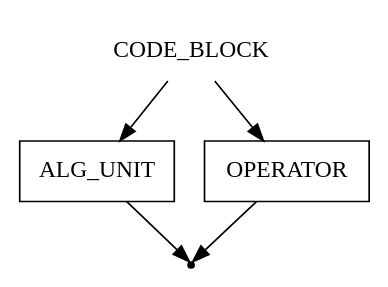
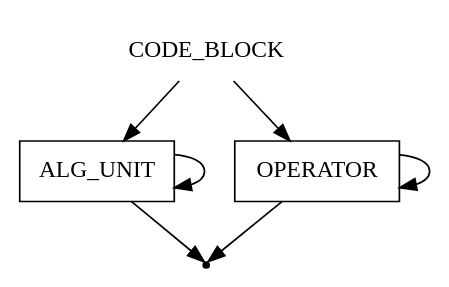
The diagram in src/PSADParser/grammar/code_block.gv (IMZolin/PSAD), drawn with Graphviz before and after one commit.

Commit message:
Fixed code block

```diff
--- a/src/PSADParser/grammar/code_block.gv
+++ b/src/PSADParser/grammar/code_block.gv
@@ -1,11 +1,13 @@
 digraph CODE_BLOCK {
     start [label=CODE_BLOCK shape=plaintext]
     alg_unit [label=ALG_UNIT shape=box]
     operator [label=OPERATOR shape=box]
     end [label="" shape=point]
 
     start -> alg_unit
     start -> operator
+    alg_unit -> alg_unit
+    operator -> operator
     alg_unit -> end
     operator -> end
 }
```
